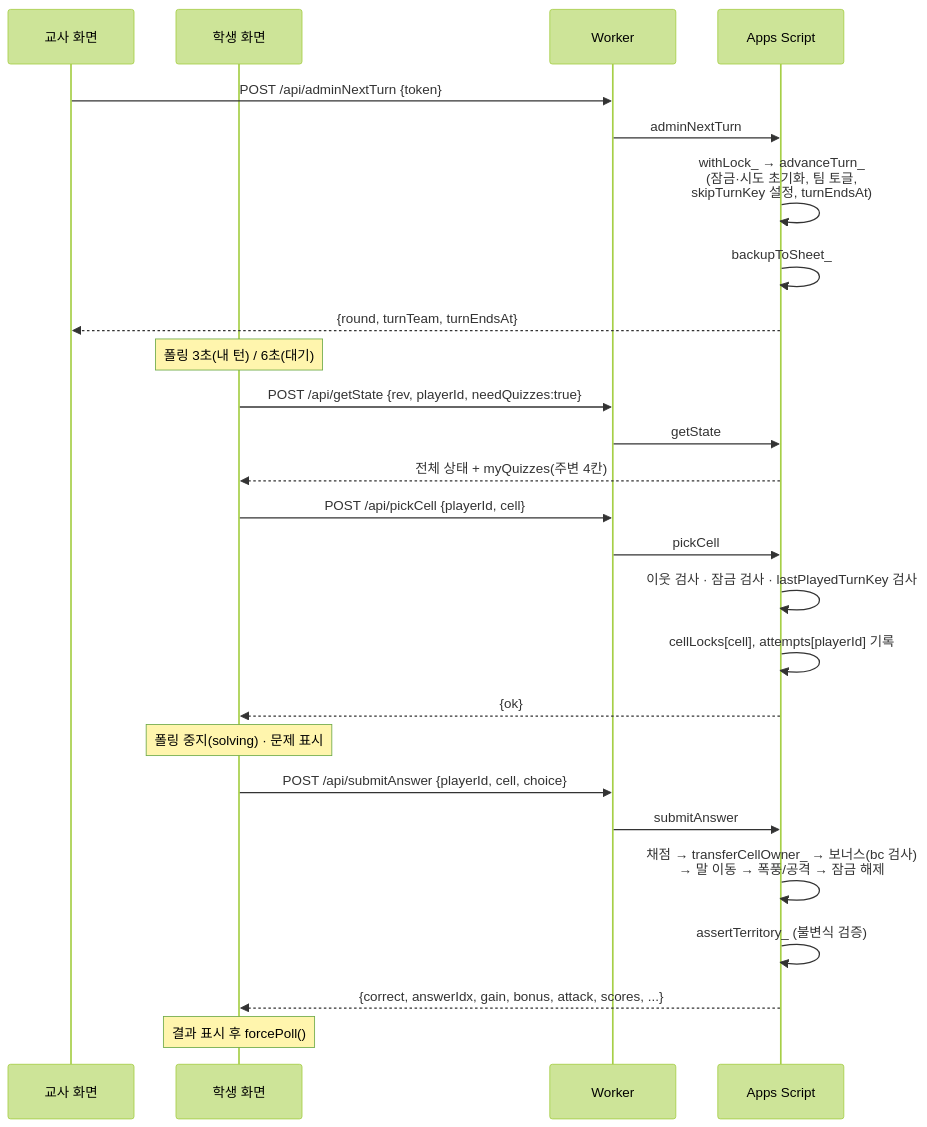
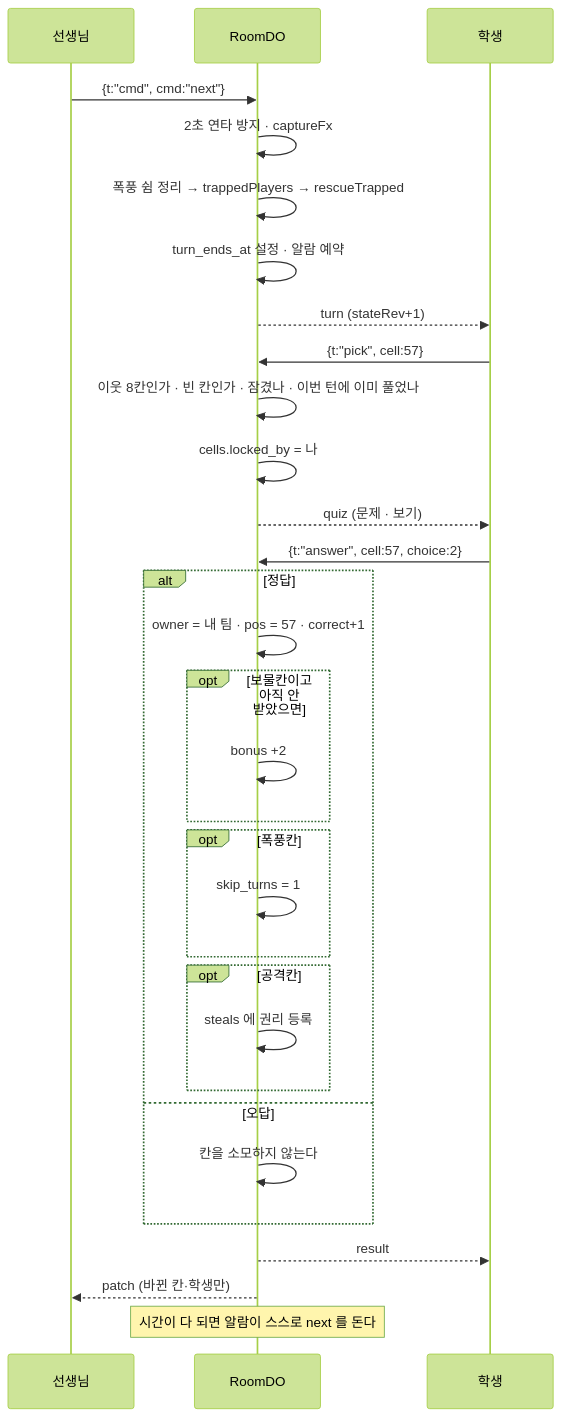
Before and after one commit to nillili/treasure-island-conquest: the sixth of 9 diagrams in docs/PROJECT_SPEC.md, drawn with Mermaid (forest theme). The commit also changed other lines of this file and 13 other files, not shown here.

````diff
--- a/docs/PROJECT_SPEC.md
+++ b/docs/PROJECT_SPEC.md
@@ -525,32 +669,37 @@
 ```mermaid
 sequenceDiagram
-    participant T as 교사 화면
-    participant B as 학생 화면
-    participant W as Worker
-    participant G as Apps Script
+    participant T as 선생님
+    participant R as RoomDO
+    participant S as 학생
 
-    T->>W: POST /api/adminNextTurn {token}
-    W->>G: adminNextTurn
-    G->>G: withLock_ → advanceTurn_<br/>(잠금·시도 초기화, 팀 토글,<br/>skipTurnKey 설정, turnEndsAt)
-    G->>G: backupToSheet_
-    G-->>T: {round, turnTeam, turnEndsAt}
+    T->>R: {t:"cmd", cmd:"next"}
+    R->>R: 2초 연타 방지 · captureFx
+    R->>R: 폭풍 쉼 정리 → trappedPlayers → rescueTrapped
+    R->>R: turn_ends_at 설정 · 알람 예약
+    R-->>S: turn (stateRev+1)
 
-    Note over B: 폴링 3초(내 턴) / 6초(대기)
-    B->>W: POST /api/getState {rev, playerId, needQuizzes:true}
-    W->>G: getState
-    G-->>B: 전체 상태 + myQuizzes(주변 4칸)
+    S->>R: {t:"pick", cell:57}
+    R->>R: 이웃 8칸인가 · 빈 칸인가 · 잠겼나 · 이번 턴에 이미 풀었나
+    R->>R: cells.locked_by = 나
+    R-->>S: quiz (문제 · 보기)
 
-    B->>W: POST /api/pickCell {playerId, cell}
-    W->>G: pickCell
-    G->>G: 이웃 검사 · 잠금 검사 · lastPlayedTurnKey 검사
-    G->>G: cellLocks[cell], attempts[playerId] 기록
-    G-->>B: {ok}
-    Note over B: 폴링 중지(solving) · 문제 표시
+    S->>R: {t:"answer", cell:57, choice:2}
+    alt 정답
+        R->>R: owner = 내 팀 · pos = 57 · correct+1
+        opt 보물칸이고 아직 안 받았으면
+            R->>R: bonus +2
+        end
+        opt 폭풍칸
+            R->>R: skip_turns = 1
+        end
+        opt 공격칸
+            R->>R: steals 에 권리 등록
+        end
+    else 오답
+        R->>R: 칸을 소모하지 않는다
+    end
+    R-->>S: result
+    R-->>T: patch (바뀐 칸·학생만)
 
-    B->>W: POST /api/submitAnswer {playerId, cell, choice}
-    W->>G: submitAnswer
-    G->>G: 채점 → transferCellOwner_ → 보너스(bc 검사)<br/>→ 말 이동 → 폭풍/공격 → 잠금 해제
-    G->>G: assertTerritory_ (불변식 검증)
-    G-->>B: {correct, answerIdx, gain, bonus, attack, scores, ...}
-    Note over B: 결과 표시 후 forcePoll()
+    Note over R: 시간이 다 되면 알람이 스스로 next 를 돈다
 ```
````
